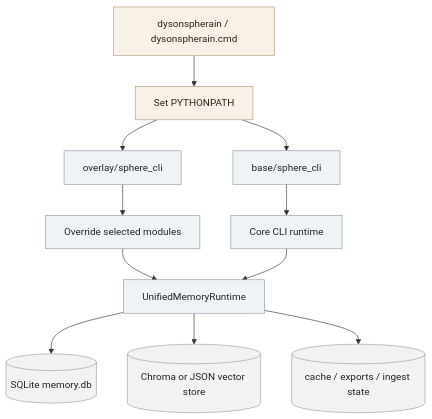
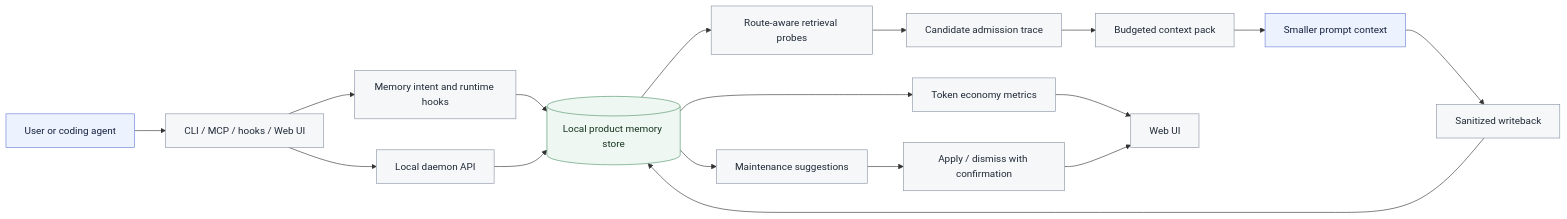
The first of 5 diagrams in README.md (liberliu2000/DysonSpherain), drawn with Mermaid before and after one commit. The commit also changed other lines of this file and 248 other files, not shown here.

Commit message:
Productize DysonSpherain memory runtime

````diff
--- a/README.md
+++ b/README.md
@@ -134,22 +40,26 @@
 ```mermaid
-flowchart TB
-    Launcher[dysonspherain / dysonspherain.cmd]
-    Launcher --> Env[Set PYTHONPATH]
-    Env --> Overlay[overlay/sphere_cli]
-    Env --> Base[base/sphere_cli]
-    Overlay --> Override[Override selected modules]
-    Base --> Core[Core CLI runtime]
-    Override --> Runtime[UnifiedMemoryRuntime]
-    Core --> Runtime
+flowchart LR
+    User[User or coding agent] --> Entry[CLI / MCP / hooks / Web UI]
+    Entry --> Intent[Memory intent and runtime hooks]
+    Entry --> ProductAPI[Local daemon API]
+    Intent --> Store[(Local product memory store)]
+    ProductAPI --> Store
+    Store --> Retrieval[Route-aware retrieval probes]
+    Retrieval --> Admission[Candidate admission trace]
+    Admission --> Pack[Budgeted context pack]
+    Pack --> Agent[Smaller prompt context]
+    Agent --> Writeback[Sanitized writeback]
+    Writeback --> Store
+    Store --> Economy[Token economy metrics]
+    Store --> Maint[Maintenance suggestions]
+    Maint --> Review[Apply / dismiss with confirmation]
+    Economy --> UI[Web UI]
+    Review --> UI
 
-    Runtime --> DB[(SQLite memory.db)]
-    Runtime --> Vec[(Chroma or JSON vector store)]
-    Runtime --> Cache[(cache / exports / ingest state)]
-
-    classDef launcher fill:#f7f1e8,stroke:#b69b76,color:#2f2518;
-    classDef code fill:#eef3f6,stroke:#8799a5,color:#1d2830;
-    classDef data fill:#f2f2f2,stroke:#9a9a9a,color:#252525;
-    class Launcher,Env launcher;
-    class Overlay,Base,Override,Core,Runtime code;
-    class DB,Vec,Cache data;
+    classDef entry fill:#edf2ff,stroke:#6b7fd7,color:#14213d;
+    classDef store fill:#eef7f1,stroke:#52946b,color:#17351f;
+    classDef core fill:#f6f7f9,stroke:#8a94a6,color:#1f2937;
+    class User,Agent entry;
+    class Store store;
+    class Entry,Intent,ProductAPI,Retrieval,Admission,Pack,Writeback,Economy,Maint,Review,UI core;
 ```
````
